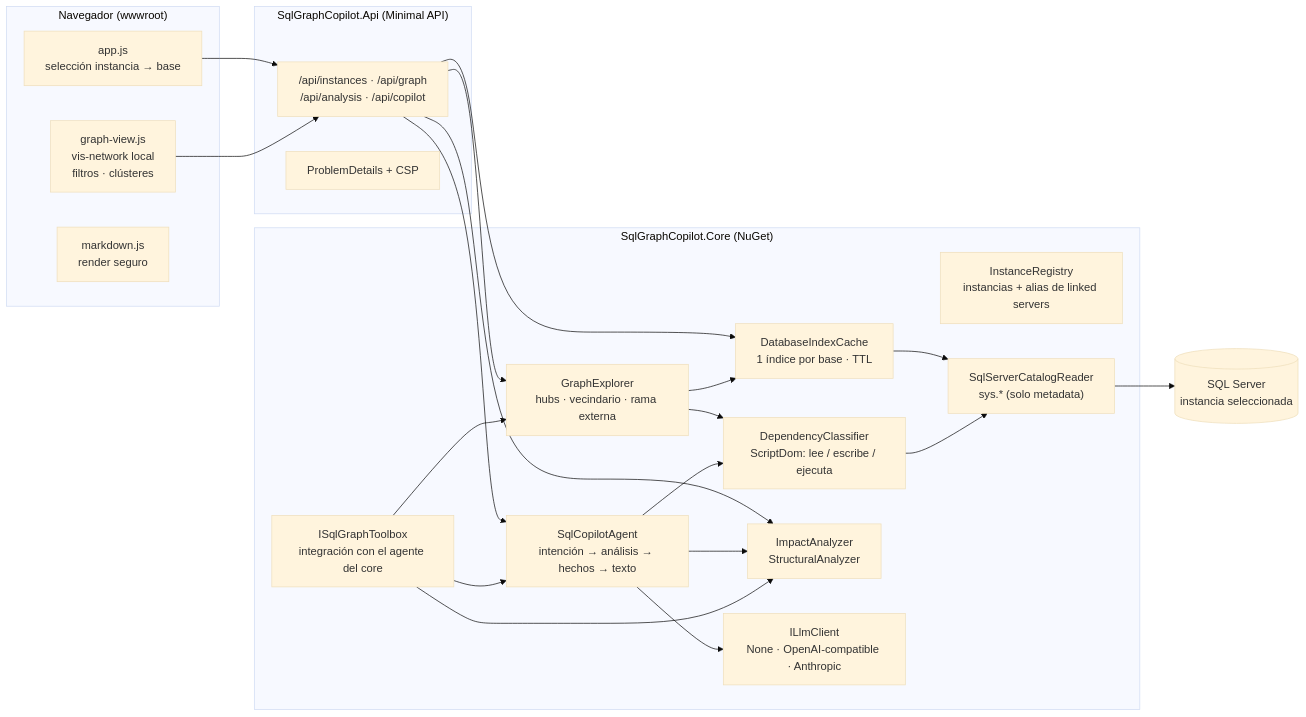
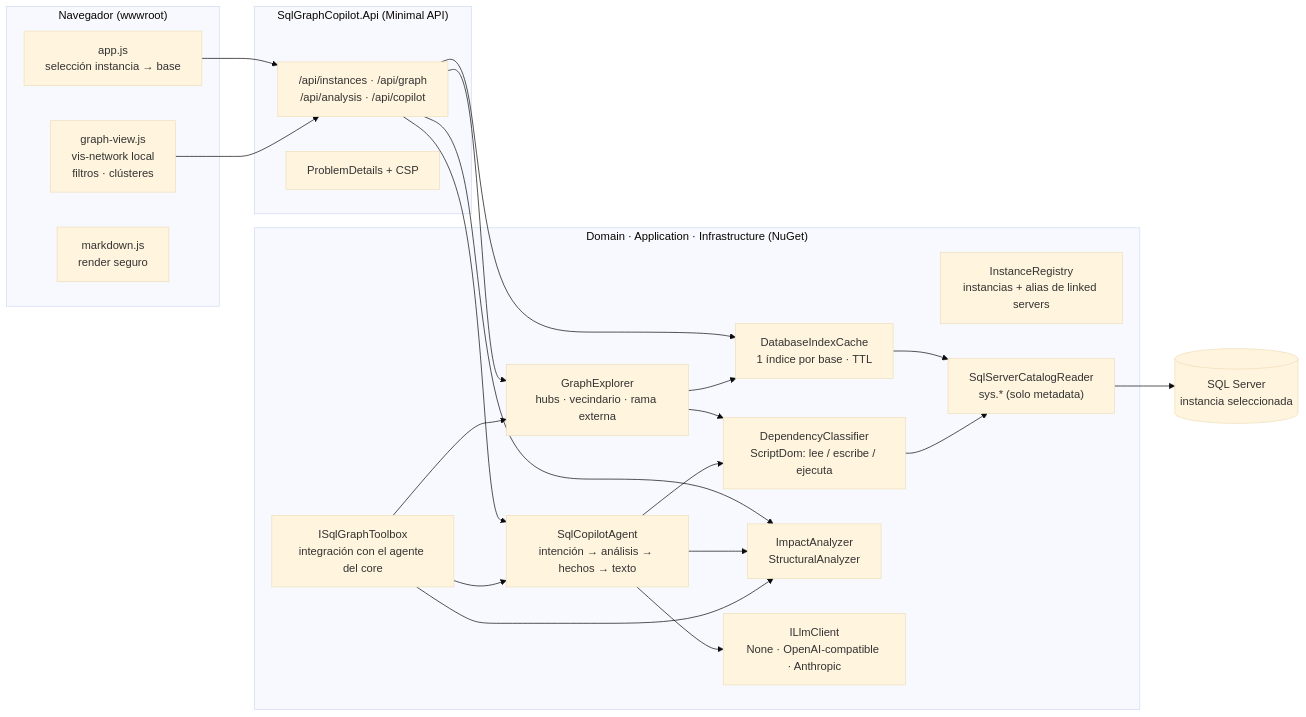
One commit to luckLuis/agente-IA changed the first of 4 diagrams in docs/ARQUITECTURA.md. Above: the diagram before and after it, drawn with Mermaid (base theme). The commit also changed other lines of this file and 136 other files, not shown here.

````diff
--- a/docs/ARQUITECTURA.md
+++ b/docs/ARQUITECTURA.md
@@ -5,36 +5,36 @@
 ```mermaid
 flowchart LR
     subgraph Cliente["Navegador (wwwroot)"]
         UI["app.js<br/>selección instancia → base"]
         GV["graph-view.js<br/>vis-network local<br/>filtros · clústeres"]
         MD["markdown.js<br/>render seguro"]
     end
 
     subgraph API["SqlGraphCopilot.Api (Minimal API)"]
         EP["/api/instances · /api/graph<br/>/api/analysis · /api/copilot"]
         EH["ProblemDetails + CSP"]
     end
 
-    subgraph Core["SqlGraphCopilot.Core (NuGet)"]
+    subgraph Core["Domain · Application · Infrastructure (NuGet)"]
         REG["InstanceRegistry<br/>instancias + alias de linked servers"]
         CR["SqlServerCatalogReader<br/>sys.* (solo metadata)"]
         IDX["DatabaseIndexCache<br/>1 índice por base · TTL"]
         CLS["DependencyClassifier<br/>ScriptDom: lee / escribe / ejecuta"]
         EXP["GraphExplorer<br/>hubs · vecindario · rama externa"]
         ANA["ImpactAnalyzer<br/>StructuralAnalyzer"]
         AG["SqlCopilotAgent<br/>intención → análisis → hechos → texto"]
         LLM["ILlmClient<br/>None · OpenAI-compatible · Anthropic"]
         TB["ISqlGraphToolbox<br/>integración con el agente del core"]
     end
 
     SQL[("SQL Server<br/>instancia seleccionada")]
 
     UI --> EP
     GV --> EP
     EP --> EXP & ANA & AG & IDX
     EXP --> IDX & CLS
     AG --> ANA & CLS & LLM
     IDX --> CR --> SQL
     CLS --> CR
     TB --> EXP & ANA & AG
 ```
````
